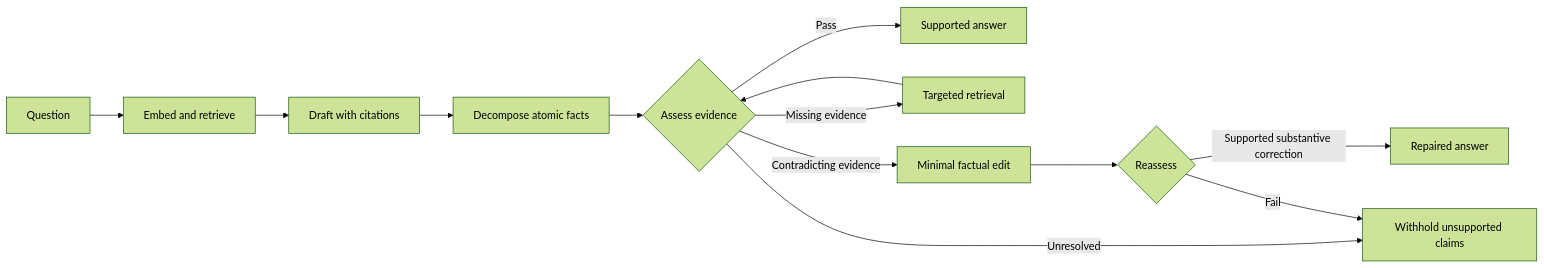
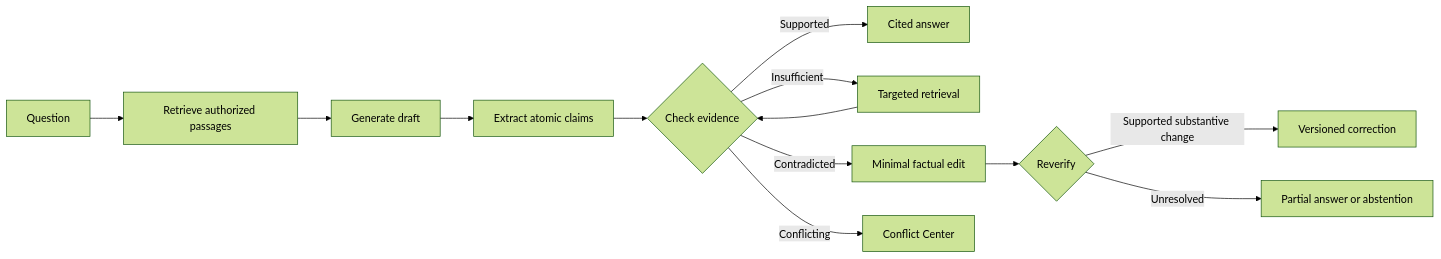
One commit to iamrakiib/veriqon changed the first of 2 diagrams in README.md. Above: the diagram before and after it, drawn with Mermaid (forest theme). The commit also changed other lines of this file and 202 other files, not shown here.

````diff
--- a/README.md
+++ b/README.md
@@ -41,15 +56,15 @@
-```mermaid
+~~~mermaid
 flowchart LR
-    A[Question] --> B[Embed and retrieve]
-    B --> C[Draft with citations]
-    C --> K[Decompose atomic facts]
-    K --> D{Assess evidence}
-    D -->|Pass| E[Supported answer]
-    D -->|Missing evidence| J[Targeted retrieval]
-    J --> D
-    D -->|Contradicting evidence| F[Minimal factual edit]
-    D -->|Unresolved| I[Withhold unsupported claims]
-    F --> G{Reassess}
-    G -->|Supported substantive correction| H[Repaired answer]
-    G -->|Fail| I
-```
+    Q[Question] --> R[Retrieve authorized passages]
+    R --> G[Generate draft]
+    G --> C[Extract atomic claims]
+    C --> V{Check evidence}
+    V -->|Supported| A[Cited answer]
+    V -->|Insufficient| T[Targeted retrieval]
+    T --> V
+    V -->|Contradicted| E[Minimal factual edit]
+    E --> F{Reverify}
+    F -->|Supported substantive change| P[Versioned correction]
+    F -->|Unresolved| U[Partial answer or abstention]
+    V -->|Conflicting| H[Conflict Center]
+~~~
````
